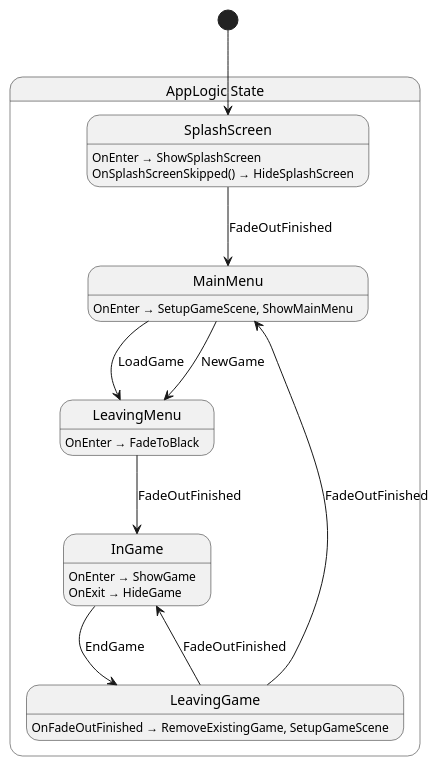
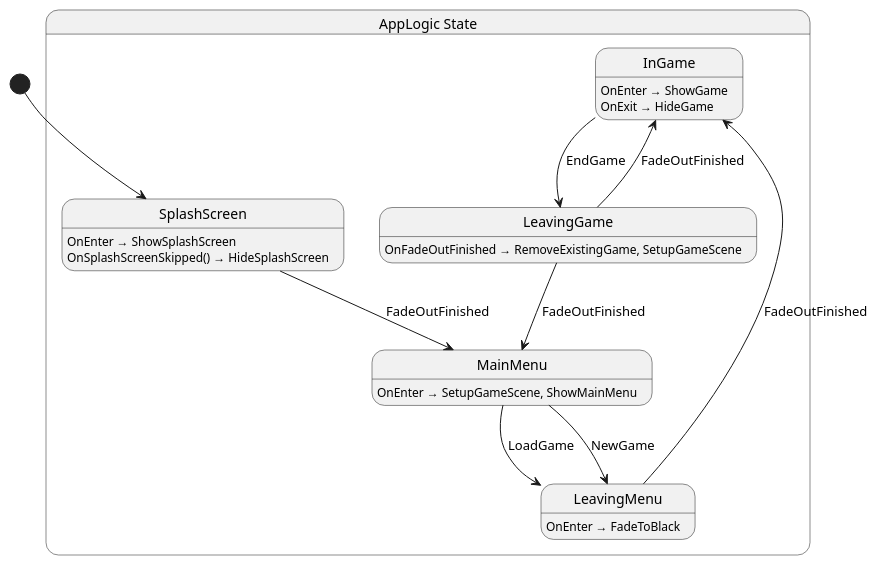
Before and after one commit to maximemousserin/Cs001: the diagram in src/app/state/AppLogic.g.puml, drawn with PlantUML. The commit also changed other lines of this file and 16 other files, not shown here.

```diff
--- a/src/app/state/AppLogic.g.puml
+++ b/src/app/state/AppLogic.g.puml
@@ -1,27 +1,27 @@
 @startuml AppLogic
 state "AppLogic State" as Cs001_AppLogic_State {
+  state "InGame" as Cs001_AppLogic_State_InGame
+  state "LeavingGame" as Cs001_AppLogic_State_LeavingGame
+  state "LeavingMenu" as Cs001_AppLogic_State_LeavingMenu
+  state "MainMenu" as Cs001_AppLogic_State_MainMenu
   state "SplashScreen" as Cs001_AppLogic_State_SplashScreen
-  state "MainMenu" as Cs001_AppLogic_State_MainMenu
-  state "LeavingGame" as Cs001_AppLogic_State_LeavingGame
-  state "InGame" as Cs001_AppLogic_State_InGame
-  state "LeavingMenu" as Cs001_AppLogic_State_LeavingMenu
 }
 
 Cs001_AppLogic_State_InGame --> Cs001_AppLogic_State_LeavingGame : EndGame
 Cs001_AppLogic_State_LeavingGame --> Cs001_AppLogic_State_InGame : FadeOutFinished
 Cs001_AppLogic_State_LeavingGame --> Cs001_AppLogic_State_MainMenu : FadeOutFinished
 Cs001_AppLogic_State_LeavingMenu --> Cs001_AppLogic_State_InGame : FadeOutFinished
 Cs001_AppLogic_State_MainMenu --> Cs001_AppLogic_State_LeavingMenu : LoadGame
 Cs001_AppLogic_State_MainMenu --> Cs001_AppLogic_State_LeavingMenu : NewGame
 Cs001_AppLogic_State_SplashScreen --> Cs001_AppLogic_State_MainMenu : FadeOutFinished
 
 Cs001_AppLogic_State_InGame : OnEnter → ShowGame
 Cs001_AppLogic_State_InGame : OnExit → HideGame
 Cs001_AppLogic_State_LeavingGame : OnFadeOutFinished → RemoveExistingGame, SetupGameScene
 Cs001_AppLogic_State_LeavingMenu : OnEnter → FadeToBlack
 Cs001_AppLogic_State_MainMenu : OnEnter → SetupGameScene, ShowMainMenu
 Cs001_AppLogic_State_SplashScreen : OnEnter → ShowSplashScreen
 Cs001_AppLogic_State_SplashScreen : OnSplashScreenSkipped() → HideSplashScreen
 
 [*] --> Cs001_AppLogic_State_SplashScreen
 @enduml
```
